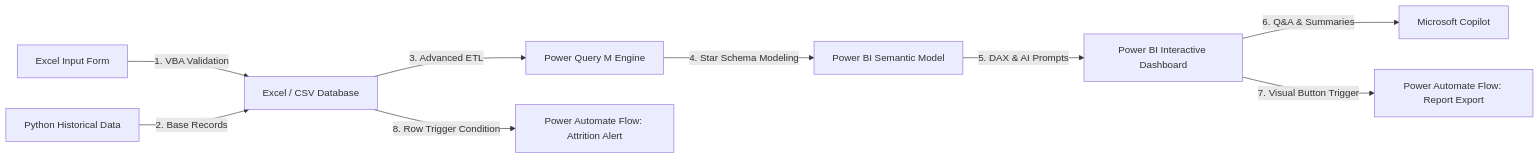
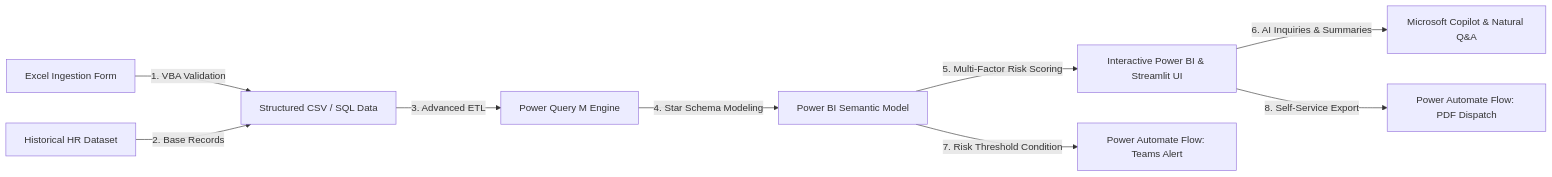
Before and after one commit to anuravi1604-cmd/hr-analytics-powerbi-automation: the second of 2 diagrams in README.md, drawn with Mermaid. The commit also changed other lines of this file and 3 other files, not shown here.

Commit message:
feat: add Figma UX flow, prototype, and consulting stakeholder narrative to HR analytics

````diff
--- a/README.md
+++ b/README.md
@@ -14,11 +53,11 @@
 ```mermaid
 graph LR
-    A[Excel Input Form] -- 1. VBA Validation --> B[Excel / CSV Database]
-    C[Python Historical Data] -- 2. Base Records --> B
+    A[Excel Ingestion Form] -- 1. VBA Validation --> B[Structured CSV / SQL Data]
+    C[Historical HR Dataset] -- 2. Base Records --> B
     B -- 3. Advanced ETL --> D[Power Query M Engine]
     D -- 4. Star Schema Modeling --> E[Power BI Semantic Model]
-    E -- 5. DAX & AI Prompts --> F[Power BI Interactive Dashboard]
-    F -- 6. Q&A & Summaries --> G[Microsoft Copilot]
-    F -- 7. Visual Button Trigger --> H[Power Automate Flow: Report Export]
-    B -- 8. Row Trigger Condition --> I[Power Automate Flow: Attrition Alert]
+    E -- 5. Multi-Factor Risk Scoring --> F[Interactive Power BI & Streamlit UI]
+    F -- 6. AI Inquiries & Summaries --> G[Microsoft Copilot & Natural Q&A]
+    E -- 7. Risk Threshold Condition --> H[Power Automate Flow: Teams Alert]
+    F -- 8. Self-Service Export --> I[Power Automate Flow: PDF Dispatch]
 ```
````
